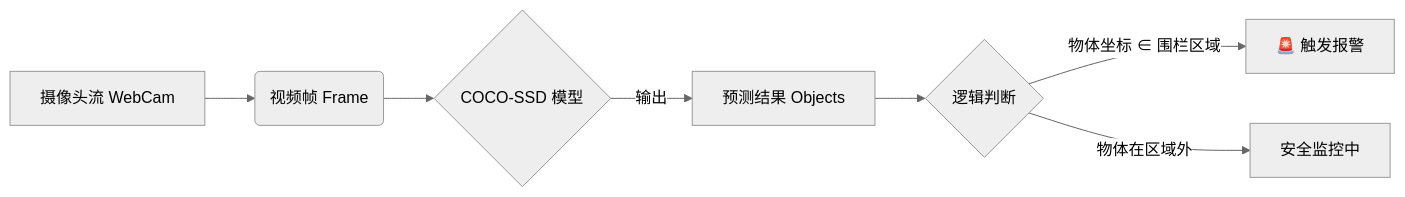
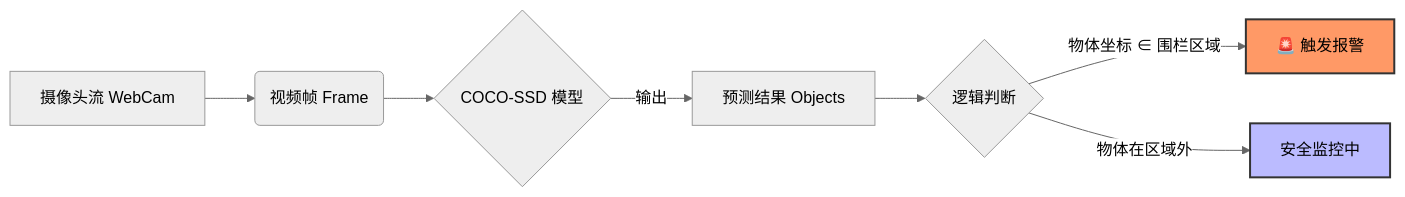
The diagram in content/posts/tfjs-security-fence.md (hebeiweiliang/blog-source), drawn with Mermaid (neutral theme) before and after one commit. The commit also changed other lines of this file and 3 other files, not shown here.

````diff
--- a/content/posts/tfjs-security-fence.md
+++ b/content/posts/tfjs-security-fence.md
@@ -50,10 +50,11 @@
-```mermaid
+<div class="mermaid">
 graph LR
     A[摄像头流 WebCam] --> B(视频帧 Frame);
     B --> C{COCO-SSD 模型};
     C -->|输出| D[预测结果 Objects];
     D --> E{逻辑判断};
     E -->|物体坐标 ∈ 围栏区域| F[🚨 触发报警];
     E -->|物体在区域外| G[安全监控中];
-
-```
+    style F fill:#f96,stroke:#333,stroke-width:2px
+    style G fill:#bbf,stroke:#333,stroke-width:2px
+</div>
````
